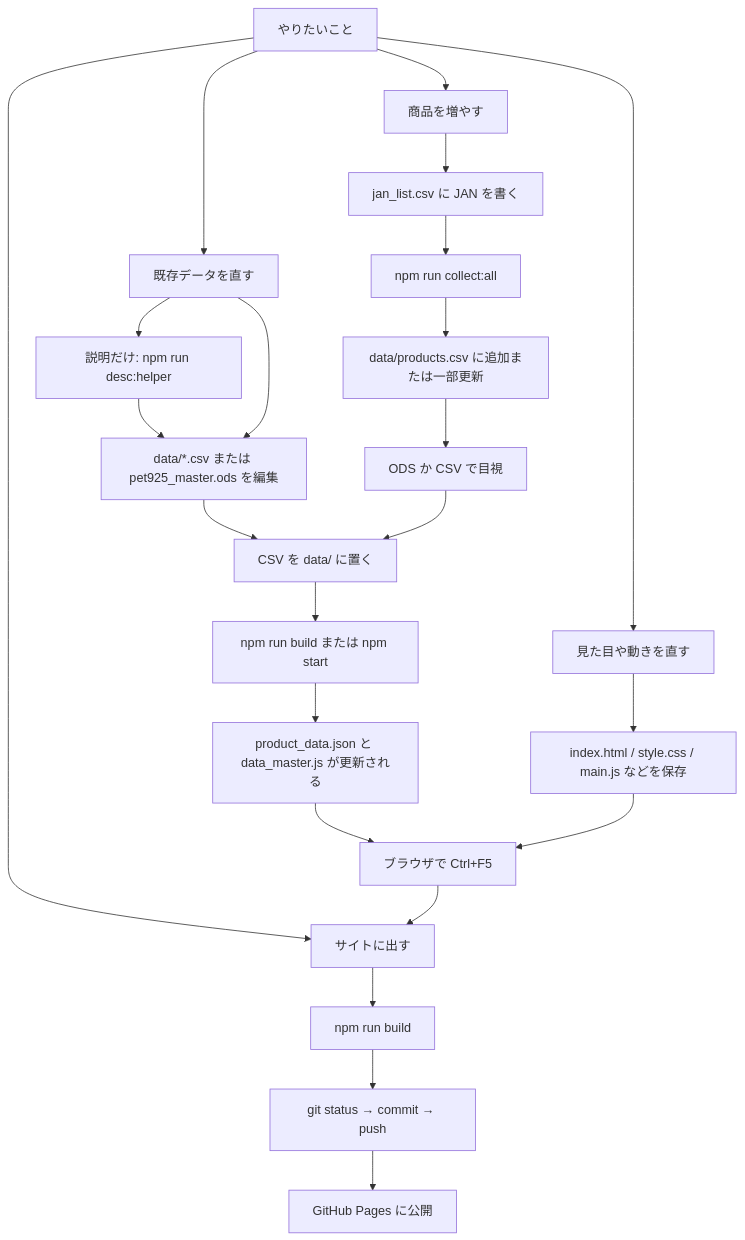
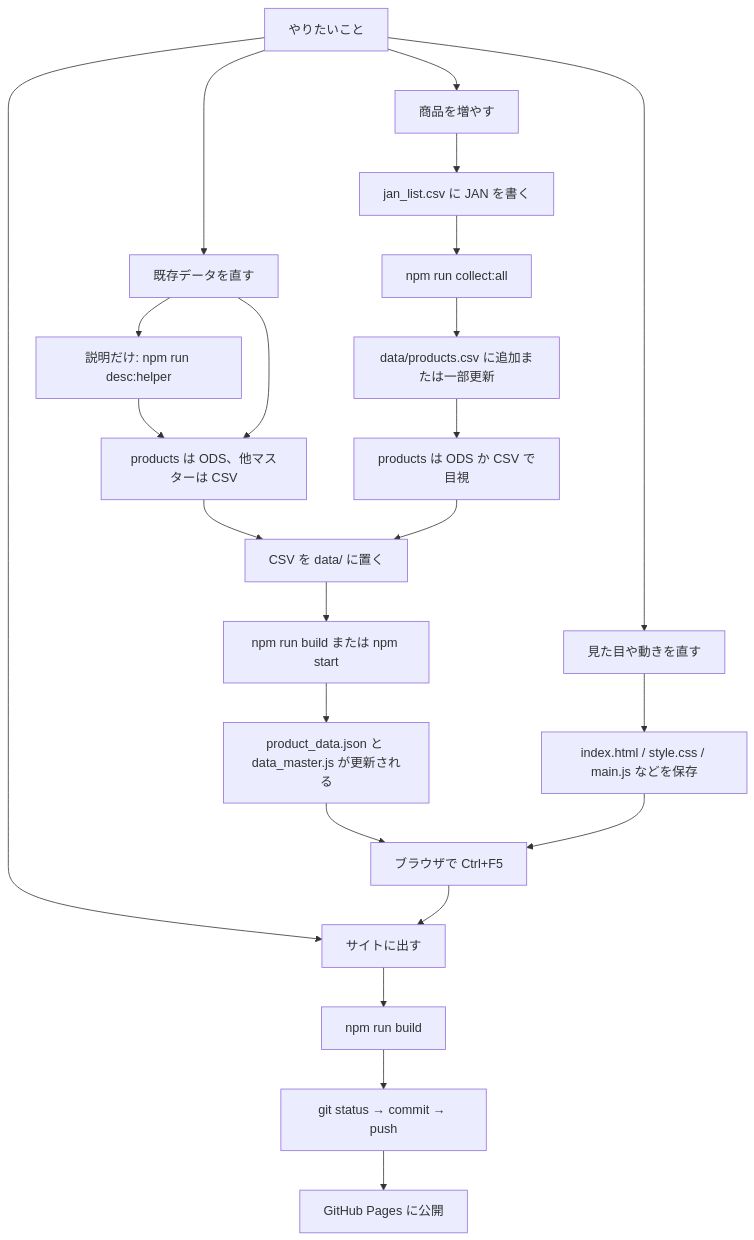
The diagram in docs/MANUAL.md (kyuni-f/pet925), drawn with Mermaid before and after one commit. The commit also changed other lines of this file and 21 other files, not shown here.

````diff
--- a/docs/MANUAL.md
+++ b/docs/MANUAL.md
@@ -11,30 +11,30 @@
 ```mermaid
 flowchart TD
   start[やりたいこと] --> add[商品を増やす]
   start --> fix[既存データを直す]
   start --> code[見た目や動きを直す]
   start --> pub[サイトに出す]
 
   add --> jan["jan_list.csv に JAN を書く"]
   jan --> collect["npm run collect:all"]
   collect --> csv["data/products.csv に追加または一部更新"]
-  csv --> review[ODS か CSV で目視]
+  csv --> review["products は ODS か CSV で目視"]
 
   fix --> descRewrite["説明だけ: npm run desc:helper"]
-  descRewrite --> edit["data/*.csv または pet925_master.ods を編集"]
+  descRewrite --> edit["products は ODS、他マスターは CSV"]
   fix --> edit
   edit --> export[CSV を data/ に置く]
   review --> export
 
   export --> build["npm run build または npm start"]
   build --> json["product_data.json と data_master.js が更新される"]
   json --> preview["ブラウザで Ctrl+F5"]
 
   code --> files["index.html / style.css / main.js などを保存"]
   files --> preview
 
   preview --> pub
   pub --> buildPub["npm run build"]
   buildPub --> git["git status → commit → push"]
   git --> live[GitHub Pages に公開]
 ```
````
